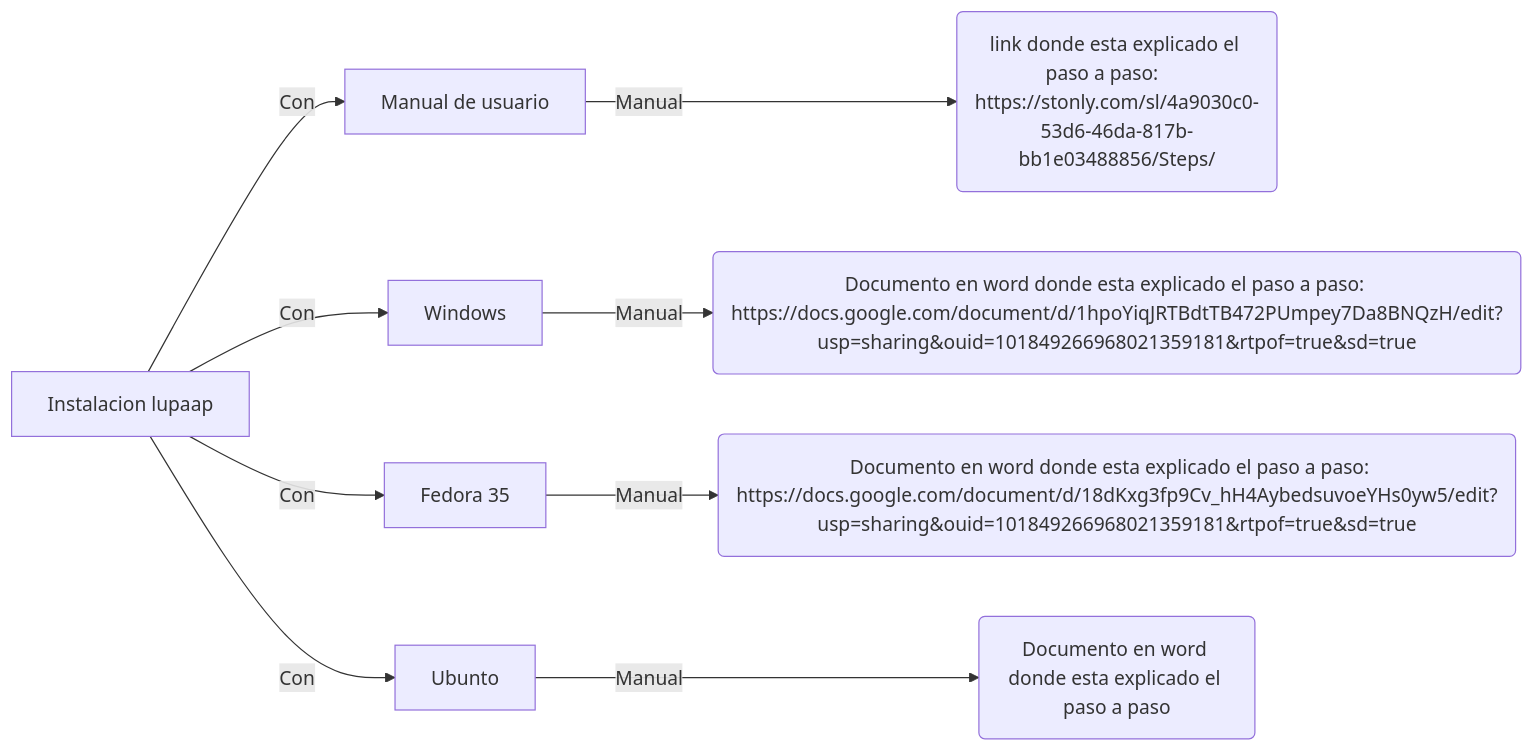
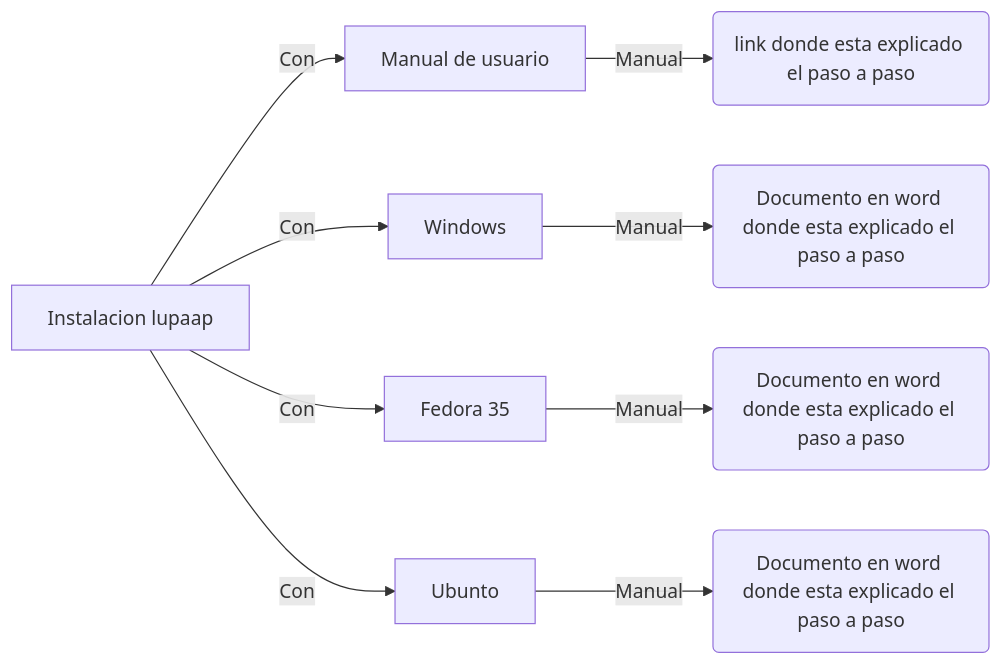
The diagram in README.md (frankn9/-Instalacion-lupaap), drawn with Mermaid before and after one commit.

````diff
--- a/README.md
+++ b/README.md
@@ -40,12 +40,12 @@
 ```mermaid
 graph LR
 A[Instalacion lupaap] -- Con --> B(Manual de usuario)
 A[Instalacion lupaap] -- Con --> C(Windows)
 A[Instalacion lupaap] -- Con --> D(Fedora 35)
 A[Instalacion lupaap] -- Con --> E(Ubuntu)
-B[Manual de usuario] -- Manual --> F( link donde esta explicado el paso a paso:      https://stonly.com/sl/4a9030c0-53d6-46da-817b-bb1e03488856/Steps/)
-C[Windows] -- Manual --> G(Documento en word donde esta explicado el paso a paso:     https://docs.google.com/document/d/1hpoYiqJRTBdtTB472PUmpey7Da8BNQzH/edit?usp=sharing&ouid=101849266968021359181&rtpof=true&sd=true)
-D[Fedora 35] -- Manual--> H(Documento en word donde esta explicado el paso a paso:   https://docs.google.com/document/d/18dKxg3fp9Cv_hH4AybedsuvoeYHs0yw5/edit?usp=sharing&ouid=101849266968021359181&rtpof=true&sd=true)
+B[Manual de usuario] -- Manual --> F( link donde esta explicado el paso a paso)
+C[Windows] -- Manual --> G(Documento en word donde esta explicado el paso a paso)
+D[Fedora 35] -- Manual--> H(Documento en word donde esta explicado el paso a paso)
 E[Ubunto] -- Manual--> I(Documento en word donde esta explicado el paso a paso)
 
 ```
````
